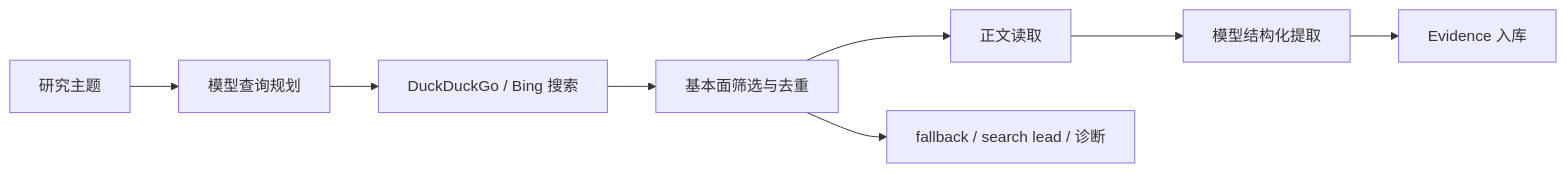
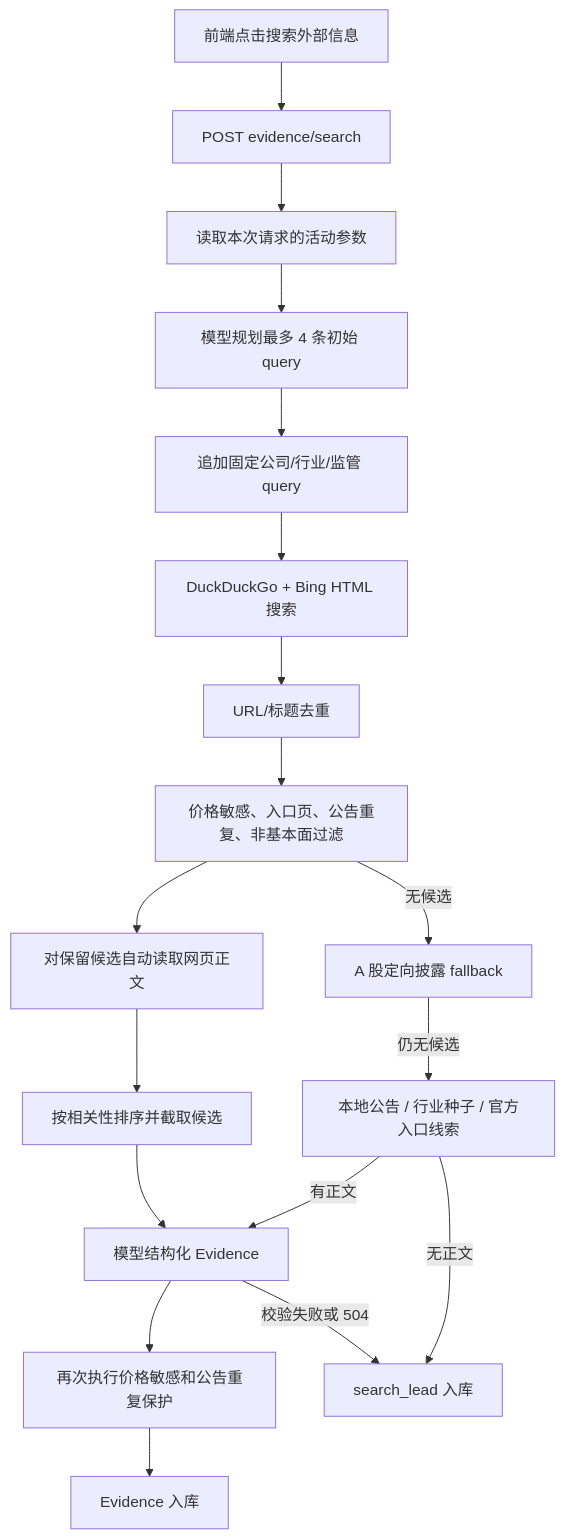
The diagram in memory/007_外部信息智能搜索与证据库.md (lzccc666/Value_Investment), drawn with Mermaid before and after one commit. The commit also changed other lines of this file and 71 other files, not shown here.

````diff
--- a/memory/007_外部信息智能搜索与证据库.md
+++ b/memory/007_外部信息智能搜索与证据库.md
@@ -9,10 +29,20 @@
 ```mermaid
-flowchart LR
-    Q["研究主题"] --> P["模型查询规划"]
-    P --> S["DuckDuckGo / Bing 搜索"]
-    S --> F["基本面筛选与去重"]
-    F --> R["正文读取"]
-    R --> M["模型结构化提取"]
-    M --> E["Evidence 入库"]
-    F --> D["fallback / search lead / 诊断"]
+flowchart TD
+    A["前端点击搜索外部信息"] --> B["POST evidence/search"]
+    B --> C["读取本次请求的活动参数"]
+    C --> D["模型规划最多 4 条初始 query"]
+    D --> E["追加固定公司/行业/监管 query"]
+    E --> F["DuckDuckGo + Bing HTML 搜索"]
+    F --> G["URL/标题去重"]
+    G --> H["价格敏感、入口页、公告重复、非基本面过滤"]
+    H --> I["对保留候选自动读取网页正文"]
+    I --> J["按相关性排序并截取候选"]
+    J --> K["模型结构化 Evidence"]
+    K --> L["再次执行价格敏感和公告重复保护"]
+    L --> M["Evidence 入库"]
+    H -->|"无候选"| N["A 股定向披露 fallback"]
+    N -->|"仍无候选"| O["本地公告 / 行业种子 / 官方入口线索"]
+    O -->|"有正文"| K
+    O -->|"无正文"| P["search_lead 入库"]
+    K -->|"校验失败或 504"| P
 ```
````
